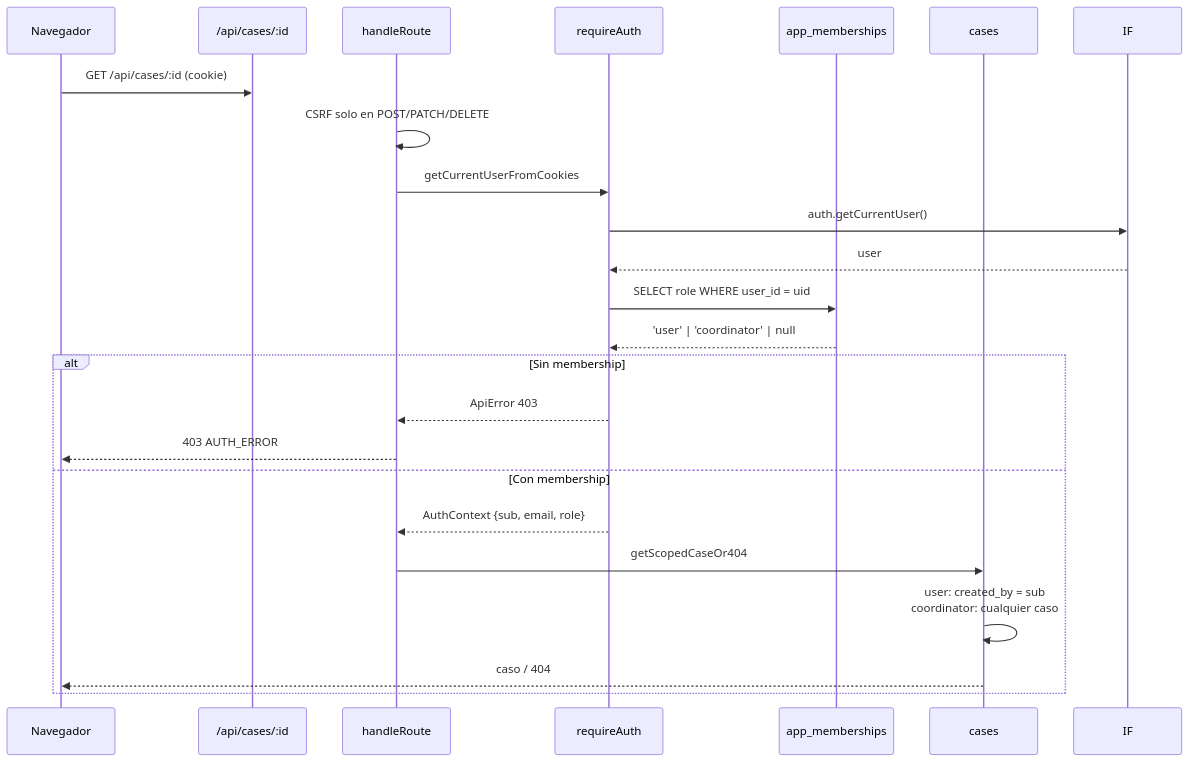
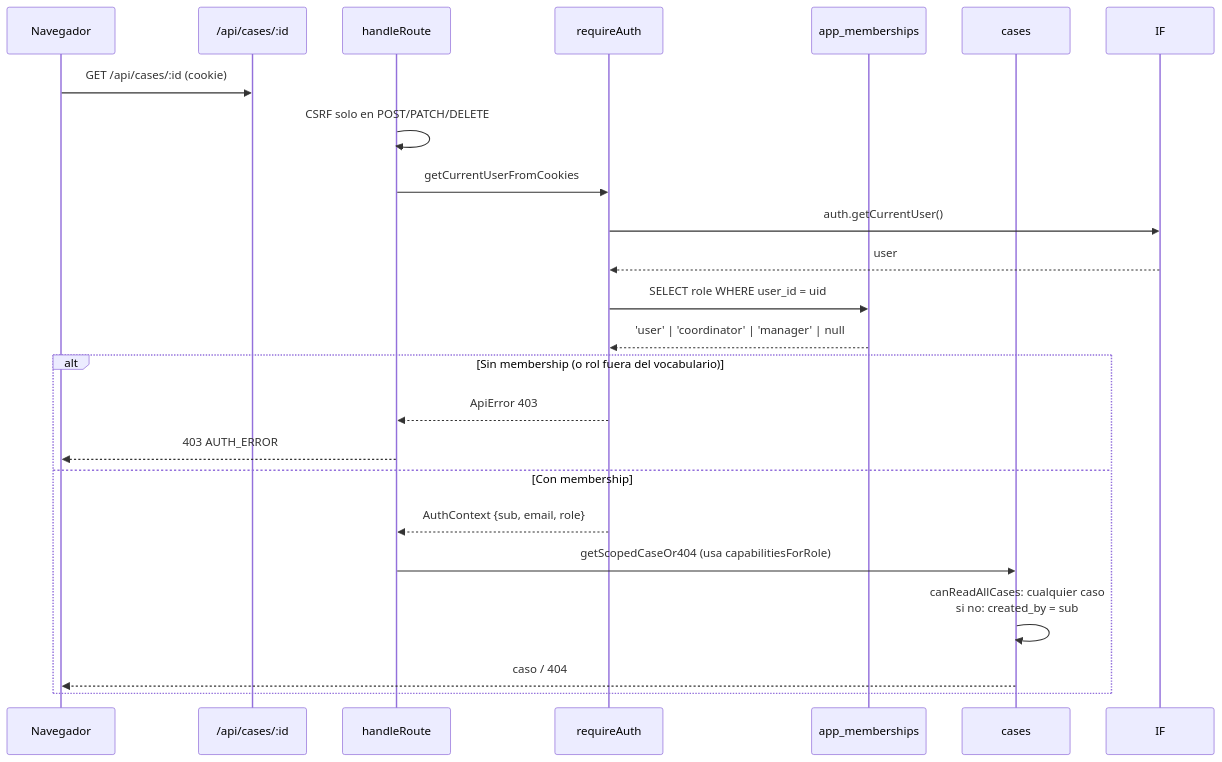
One commit to DotIdk14/cancelaciones-ai changed the third of 4 diagrams in docs/ARCHITECTURE.md. Above: the diagram before and after it, drawn with Mermaid. The commit also changed other lines of this file and 73 other files, not shown here.

````diff
--- a/docs/ARCHITECTURE.md
+++ b/docs/ARCHITECTURE.md
@@ -166,27 +168,27 @@
 ```mermaid
 sequenceDiagram
   participant B as Navegador
   participant API as /api/cases/:id
   participant H as handleRoute
   participant A as requireAuth
   participant M as app_memberships
   participant C as cases
 
   B->>API: GET /api/cases/:id (cookie)
   H->>H: CSRF solo en POST/PATCH/DELETE
   H->>A: getCurrentUserFromCookies
   A->>IF: auth.getCurrentUser()
   IF-->>A: user
   A->>M: SELECT role WHERE user_id = uid
-  M-->>A: 'user' | 'coordinator' | null
+  M-->>A: 'user' | 'coordinator' | 'manager' | null
 
-  alt Sin membership
+  alt Sin membership (o rol fuera del vocabulario)
     A-->>H: ApiError 403
     H-->>B: 403 AUTH_ERROR
   else Con membership
     A-->>H: AuthContext {sub, email, role}
-    H->>C: getScopedCaseOr404
-    C->>C: user: created_by = sub<br/>coordinator: cualquier caso
+    H->>C: getScopedCaseOr404 (usa capabilitiesForRole)
+    C->>C: canReadAllCases: cualquier caso<br/>si no: created_by = sub
     C-->>B: caso / 404
   end
 ```
````
